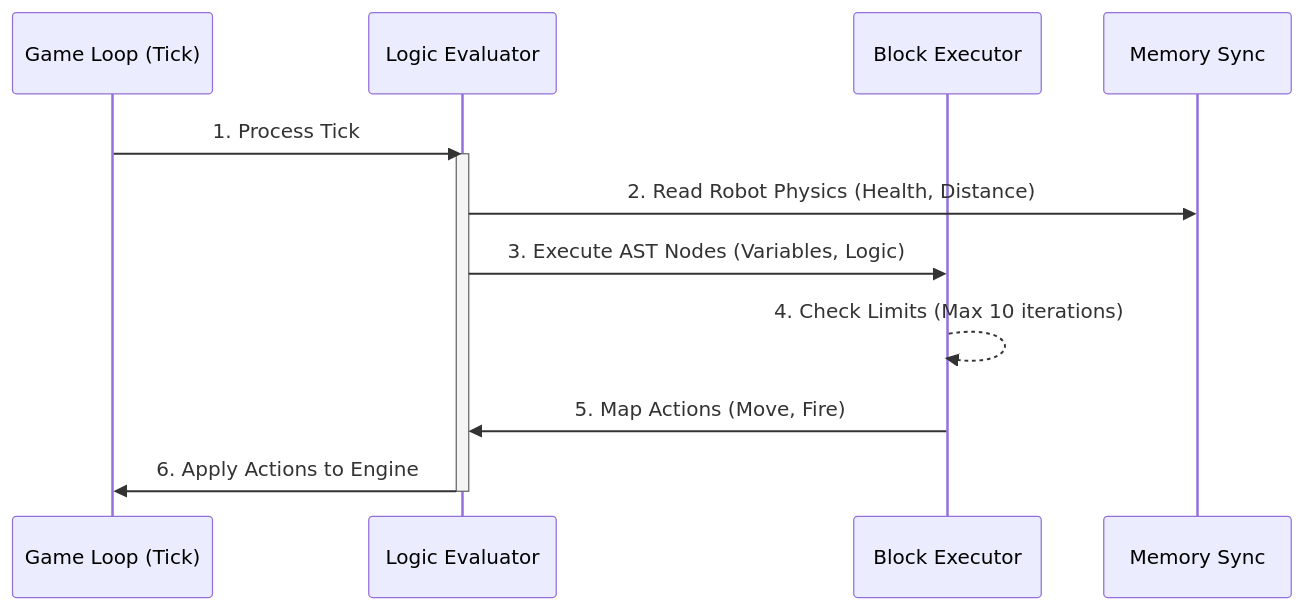
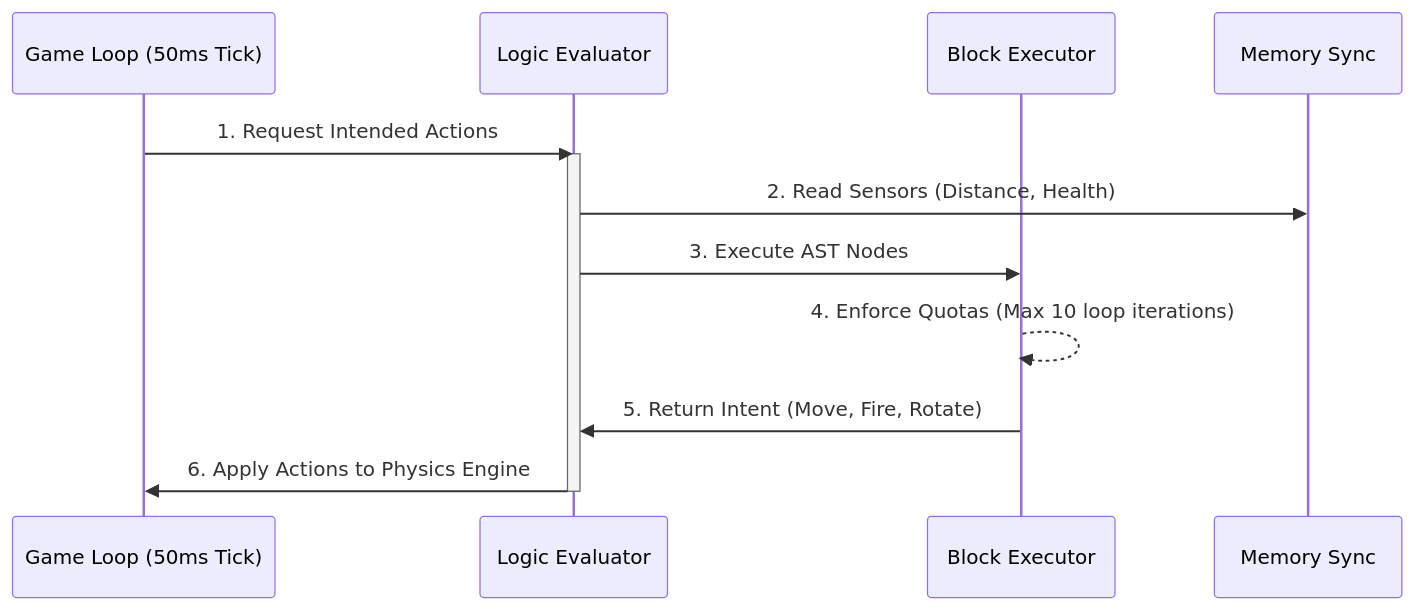
The diagram in docs/script-sandboxing.md (AverageMax/logic-arena), drawn with Mermaid before and after one commit. The commit also changed other lines of this file and 5 other files, not shown here.

Commit message:
docs: comprehensive v2.9.0 architecture, security, and game rules overhaul

````diff
--- a/docs/script-sandboxing.md
+++ b/docs/script-sandboxing.md
@@ -27,16 +36,16 @@
 ```mermaid
 sequenceDiagram
-    participant GL as Game Loop (Tick)
+    participant GL as Game Loop (50ms Tick)
     participant LE as Logic Evaluator
     participant BE as Block Executor
     participant MS as Memory Sync
 
-    GL->>LE: 1. Process Tick
+    GL->>LE: 1. Request Intended Actions
     activate LE
-    LE->>MS: 2. Read Robot Physics (Health, Distance)
-    LE->>BE: 3. Execute AST Nodes (Variables, Logic)
-    BE-->>BE: 4. Check Limits (Max 10 iterations)
-    BE->>LE: 5. Map Actions (Move, Fire)
-    LE->>GL: 6. Apply Actions to Engine
+    LE->>MS: 2. Read Sensors (Distance, Health)
+    LE->>BE: 3. Execute AST Nodes
+    BE-->>BE: 4. Enforce Quotas (Max 10 loop iterations)
+    BE->>LE: 5. Return Intent (Move, Fire, Rotate)
+    LE->>GL: 6. Apply Actions to Physics Engine
     deactivate LE
 ```
````
